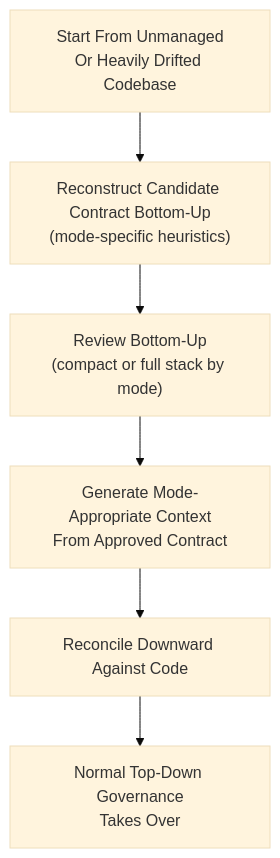
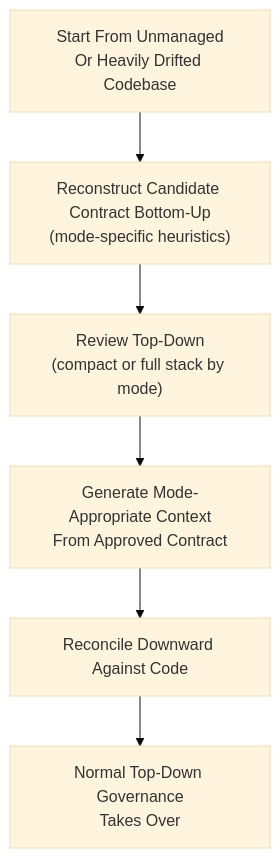
The second of 3 diagrams in v02/vibeloom-methodology.md (dahans-msft2/vibeloom-copilot-cli), drawn with Mermaid (base theme) before and after one commit. The commit also changed other lines of this file, not shown here.

````diff
--- a/v02/vibeloom-methodology.md
+++ b/v02/vibeloom-methodology.md
@@ -772,11 +793,11 @@
 ```mermaid
 flowchart TD
     B1["Start From Unmanaged<br/>Or Heavily Drifted Codebase"]
     B2["Reconstruct Candidate Contract Bottom-Up<br/>(mode-specific heuristics)"]
-    B3["Review Bottom-Up<br/>(compact or full stack by mode)"]
+    B3["Review Top-Down<br/>(compact or full stack by mode)"]
     B4["Generate Mode-Appropriate Context<br/>From Approved Contract"]
     B5["Reconcile Downward Against Code"]
     B6["Normal Top-Down Governance<br/>Takes Over"]
 
     B1 --> B2 --> B3 --> B4 --> B5 --> B6
 ```
````
